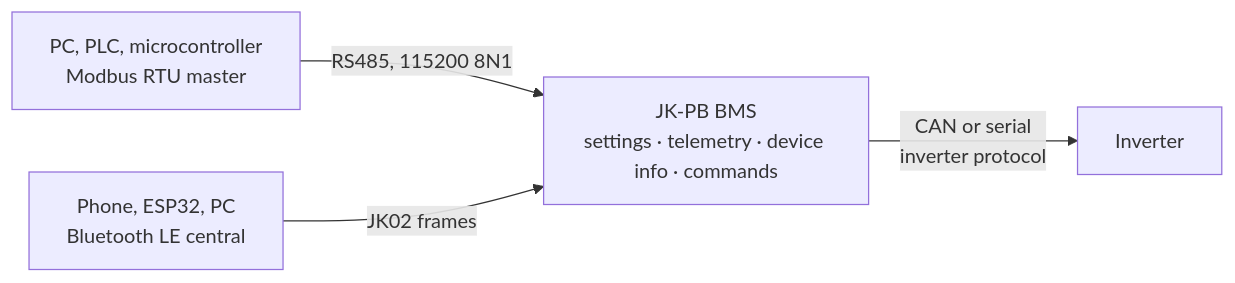
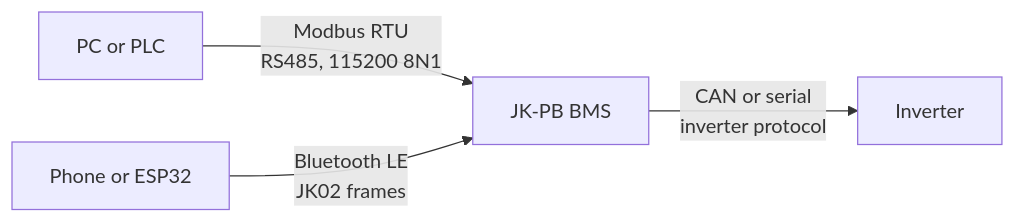
The diagram in README.md (thebitrock/jkbms), drawn with Mermaid before and after one commit.

Commit message:
README: shorter labels in the interface diagram
Claude-Session: https://claude.ai/code/session_018LaJBLUwTAUwPyDAqg9neZ

````diff
--- a/README.md
+++ b/README.md
@@ -51,6 +51,6 @@
 ```mermaid
 flowchart LR
-    M["PC, PLC, microcontroller<br/>Modbus RTU master"] -- "RS485, 115200 8N1" --> BMS
-    B["Phone, ESP32, PC<br/>Bluetooth LE central"] -- "JK02 frames" --> BMS
-    BMS["JK-PB BMS<br/>settings · telemetry · device info · commands"] -- "CAN or serial<br/>inverter protocol" --> INV["Inverter"]
+    M["PC or PLC"] -- "Modbus RTU<br/>RS485, 115200 8N1" --> BMS
+    B["Phone or ESP32"] -- "Bluetooth LE<br/>JK02 frames" --> BMS
+    BMS["JK-PB BMS"] -- "CAN or serial<br/>inverter protocol" --> INV["Inverter"]
 ```
````
